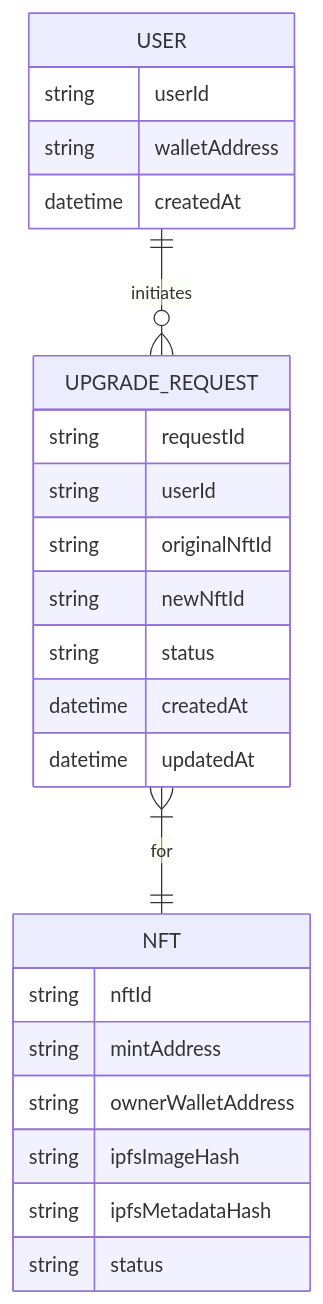
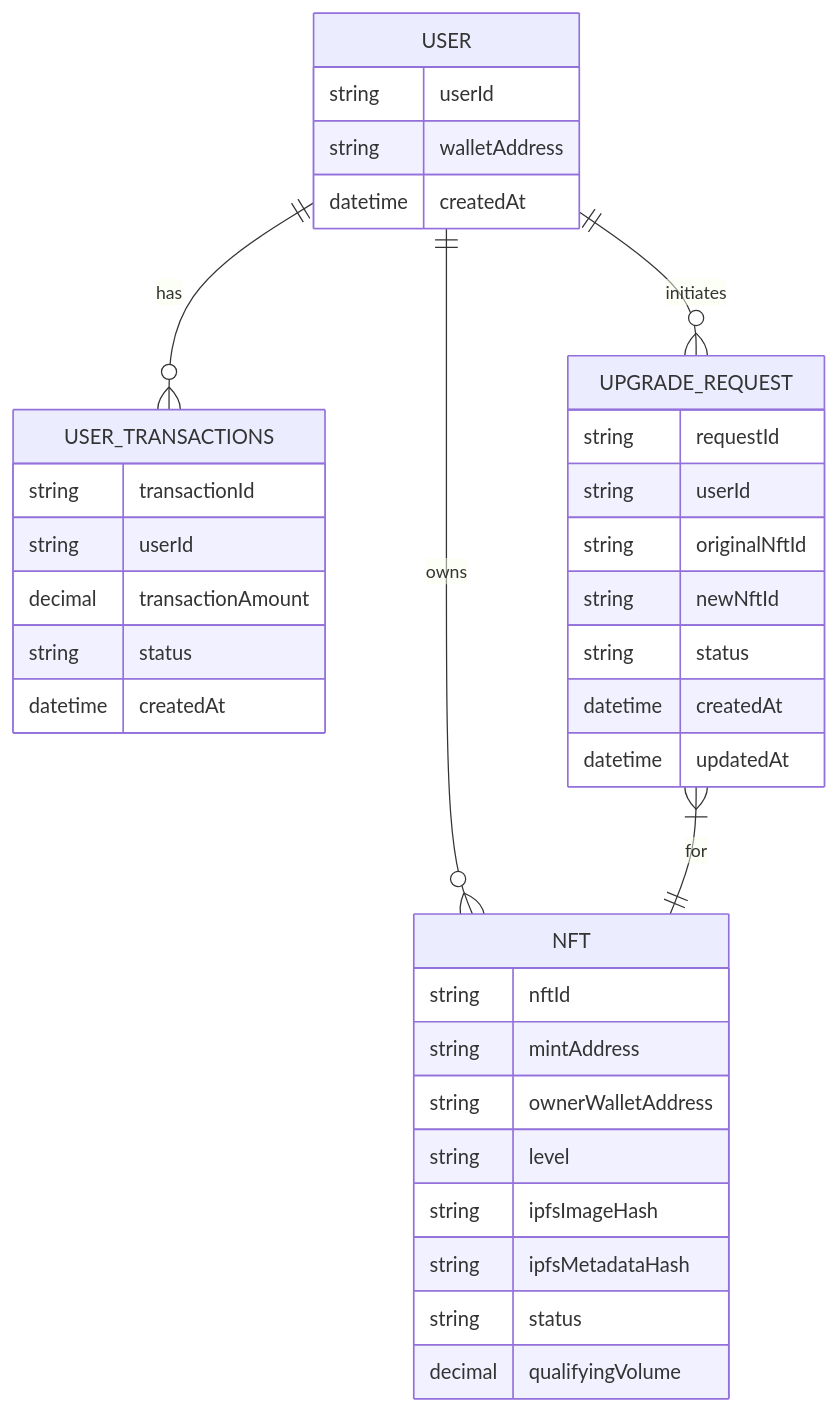
Before and after one commit to ljg-cqu/aiw3-nft-solana: the fifth of 5 diagrams in docs/AIW3-NFT-System-Design.md, drawn with Mermaid. The commit also changed other lines of this file, not shown here.

Commit message:
docs: integrate transaction volume qualification into visual architecture and process flows

````diff
--- a/docs/AIW3-NFT-System-Design.md
+++ b/docs/AIW3-NFT-System-Design.md
@@ -319,30 +352,42 @@
 ```mermaid
 erDiagram
     USER {
         string userId
         string walletAddress
         datetime createdAt
     }
+    
+    USER_TRANSACTIONS {
+        string transactionId
+        string userId
+        decimal transactionAmount
+        string status
+        datetime createdAt
+    }
 
     NFT {
         string nftId
         string mintAddress
         string ownerWalletAddress
+        string level
         string ipfsImageHash
         string ipfsMetadataHash
         string status
+        decimal qualifyingVolume
     }
 
     UPGRADE_REQUEST {
         string requestId
         string userId
         string originalNftId
         string newNftId
         string status
         datetime createdAt
         datetime updatedAt
     }
 
-    USER ||--o{ UPGRADE_REQUEST : initiates
-    UPGRADE_REQUEST }|--|| NFT : for
+    USER ||--o{ USER_TRANSACTIONS : "has"
+    USER ||--o{ UPGRADE_REQUEST : "initiates"
+    USER ||--o{ NFT : "owns"
+    UPGRADE_REQUEST }|--|| NFT : "for"
 ```
````
